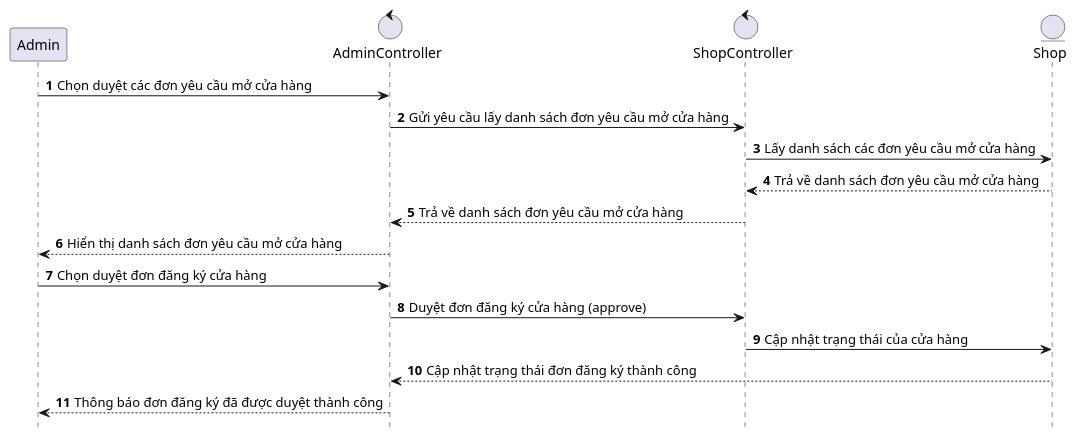
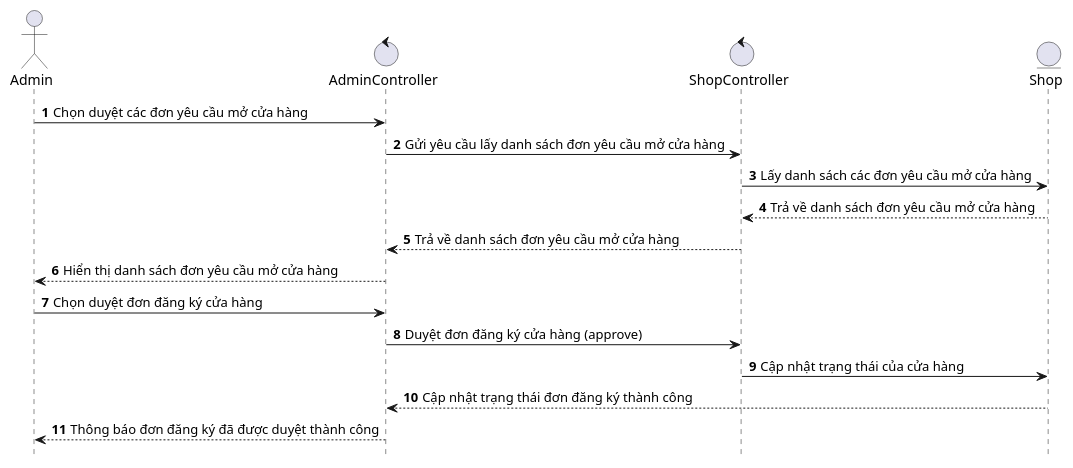
Before and after one commit to tuandev1l/e-commerce-code: the diagram in client/uml/sequence/approveShopRegister.wsd, drawn with PlantUML. The commit also changed 391 other files, not shown here.

```diff
--- a/client/uml/sequence/approveShopRegister.wsd
+++ b/client/uml/sequence/approveShopRegister.wsd
@@ -1,23 +1,23 @@
 @startuml ApproveShopRequest
 
 hide footbox
 autonumber
-participant Admin as admin
+actor Admin as admin
 control "AdminController" as adminController
 control "ShopController" as shopController
 entity "Shop" as shopEntity
 
 admin -> adminController: Chọn duyệt các đơn yêu cầu mở cửa hàng
 adminController -> shopController: Gửi yêu cầu lấy danh sách đơn yêu cầu mở cửa hàng
 shopController -> shopEntity: Lấy danh sách các đơn yêu cầu mở cửa hàng
 shopEntity --> shopController: Trả về danh sách đơn yêu cầu mở cửa hàng
 shopController --> adminController: Trả về danh sách đơn yêu cầu mở cửa hàng
 adminController --> admin: Hiển thị danh sách đơn yêu cầu mở cửa hàng
 
 admin -> adminController: Chọn duyệt đơn đăng ký cửa hàng
 adminController -> shopController: Duyệt đơn đăng ký cửa hàng (approve)
 shopController -> shopEntity: Cập nhật trạng thái của cửa hàng
 shopEntity --> adminController: Cập nhật trạng thái đơn đăng ký thành công
 adminController --> admin: Thông báo đơn đăng ký đã được duyệt thành công
 
 @enduml
```
